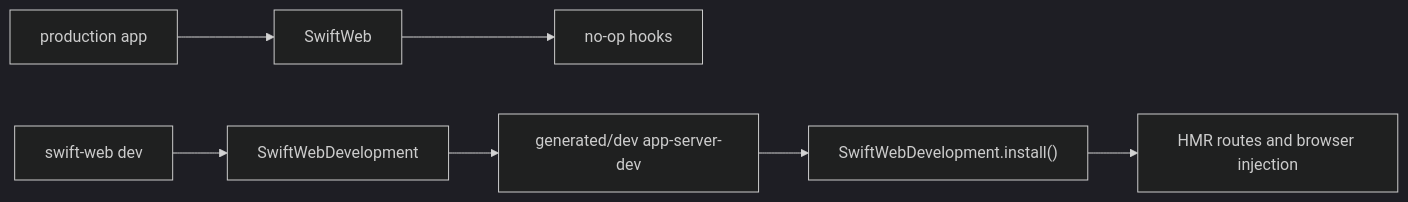
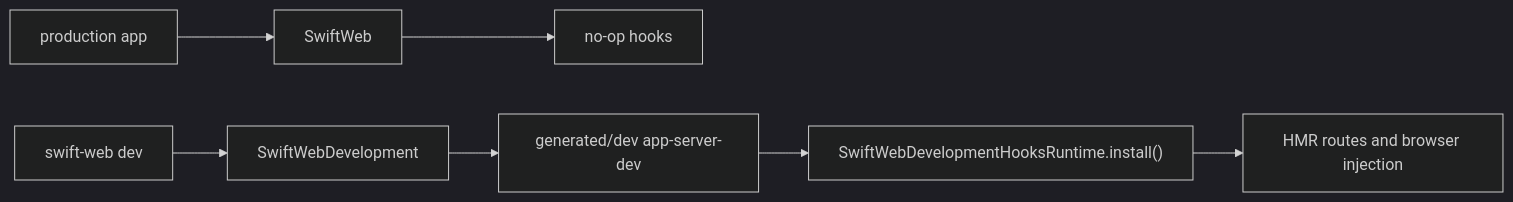
One commit to 1amageek/swift-web changed the third of 5 diagrams in Sources/SwiftWebDevelopment/README.md. Above: the diagram before and after it, drawn with Mermaid (dark theme). The commit also changed other lines of this file and 98 other files, not shown here.

````diff
--- a/Sources/SwiftWebDevelopment/README.md
+++ b/Sources/SwiftWebDevelopment/README.md
@@ -34,9 +70,9 @@
 ```mermaid
 flowchart LR
   A["production app"] --> B["SwiftWeb"]
   B --> C["no-op hooks"]
   D["swift-web dev"] --> E["SwiftWebDevelopment"]
   E --> F["generated/dev app-server-dev"]
-  F --> G["SwiftWebDevelopment.install()"]
+  F --> G["SwiftWebDevelopmentHooksRuntime.install()"]
   G --> H["HMR routes and browser injection"]
 ```
````
